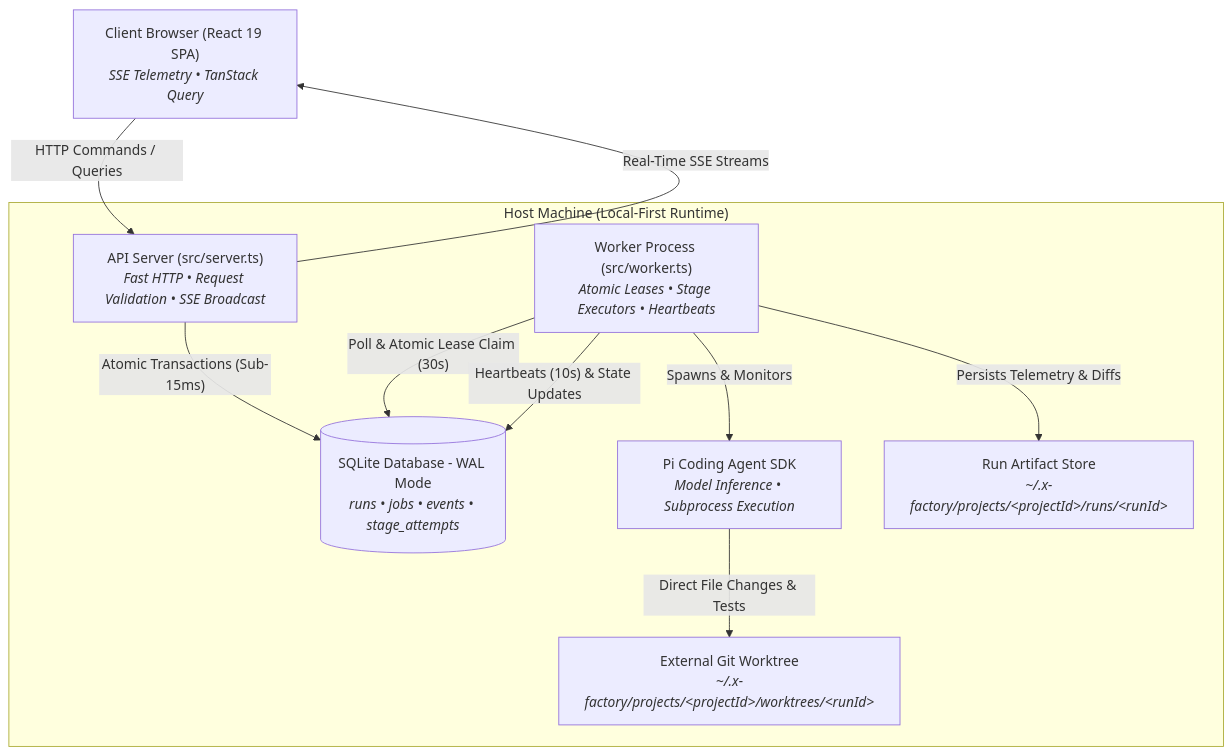
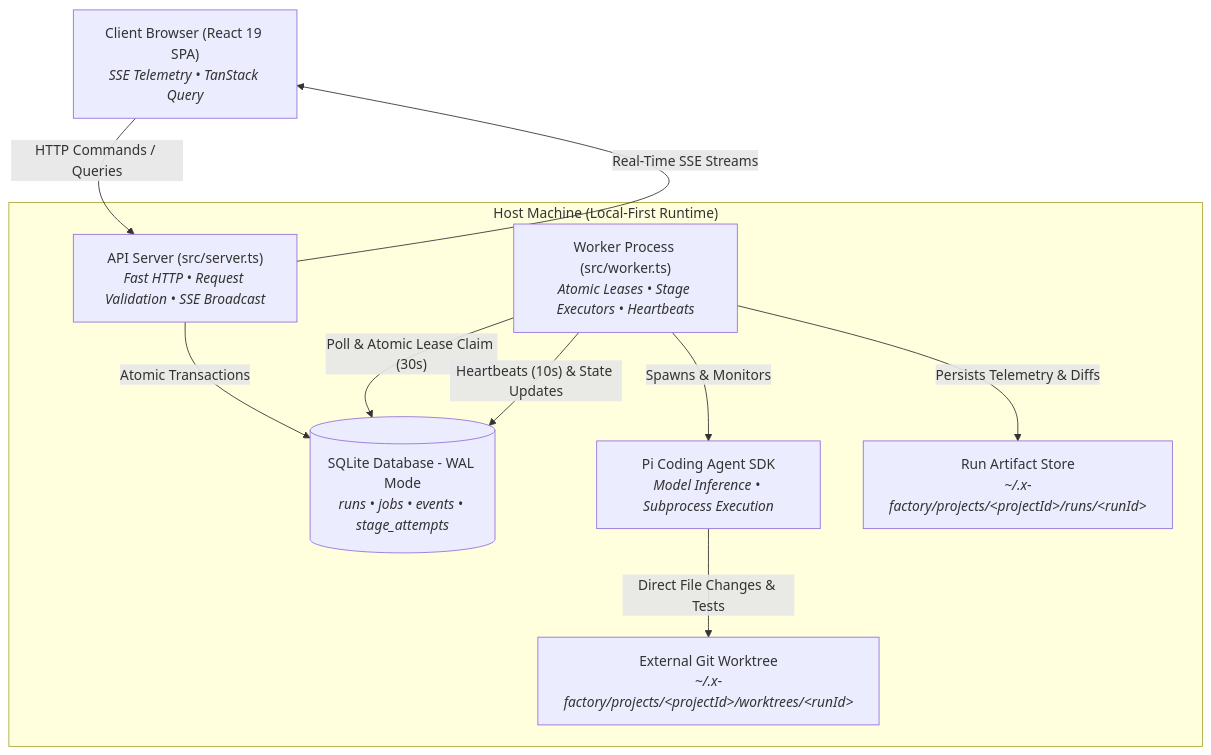
The first of 2 diagrams in README.md (tkz96/x-factory), drawn with Mermaid before and after one commit. The commit also changed other lines of this file, not shown here.

````diff
--- a/README.md
+++ b/README.md
@@ -26,22 +26,22 @@
 ```mermaid
 graph TD
     User["Client Browser (React 19 SPA)<br/><i>SSE Telemetry • TanStack Query</i>"]
     
     subgraph Host["Host Machine (Local-First Runtime)"]
         API["API Server (src/server.ts)<br/><i>Fast HTTP • Request Validation • SSE Broadcast</i>"]
         DB[(SQLite Database - WAL Mode<br/><i>runs • jobs • events • stage_attempts</i>)]
         Worker["Worker Process (src/worker.ts)<br/><i>Atomic Leases • Stage Executors • Heartbeats</i>"]
         Pi["Pi Coding Agent SDK<br/><i>Model Inference • Subprocess Execution</i>"]
         Worktree["External Git Worktree<br/><i>~/.x-factory/projects/&lt;projectId&gt;/worktrees/&lt;runId&gt;</i>"]
         Artifacts["Run Artifact Store<br/><i>~/.x-factory/projects/&lt;projectId&gt;/runs/&lt;runId&gt;</i>"]
     end
 
     User -->|"HTTP Commands / Queries"| API
     API -->|"Real-Time SSE Streams"| User
-    API -->|"Atomic Transactions (Sub-15ms)"| DB
+    API -->|"Atomic Transactions"| DB
     Worker -->|"Poll & Atomic Lease Claim (30s)"| DB
     Worker -->|"Heartbeats (10s) & State Updates"| DB
     Worker -->|"Spawns & Monitors"| Pi
     Pi -->|"Direct File Changes & Tests"| Worktree
     Worker -->|"Persists Telemetry & Diffs"| Artifacts
 ```
````
